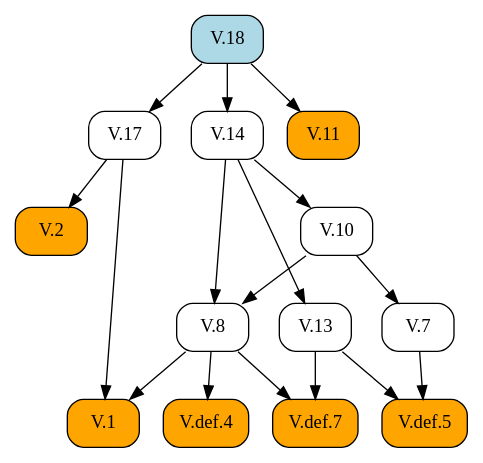
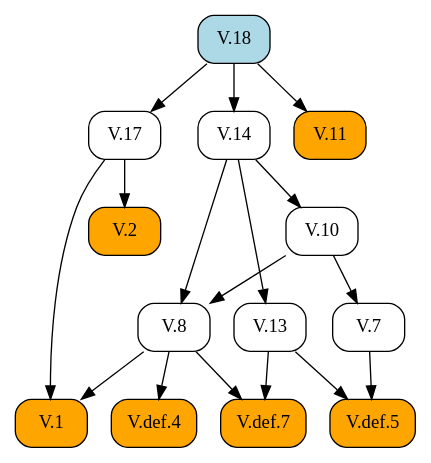
The diagram in docsrc/heath/V/18/index.rst (geometor/elements), drawn with Graphviz before and after one commit. The commit also changed other lines of this file and 1029 other files, not shown here.

```diff
--- a/docsrc/heath/V/18/index.rst
+++ b/docsrc/heath/V/18/index.rst
@@ -74,35 +74,35 @@
 .. graphviz::
 
    digraph {
      rankdir="TB";
      node [shape=box, style=rounded];
+     "V.8" [URL="/heath/V/8/", target="_top"];
      "V.1" [style="rounded,filled", fillcolor=orange, URL="/heath/V/1/", target="_top"];
      "V.7" [URL="/heath/V/7/", target="_top"];
-     "V.13" [URL="/heath/V/13/", target="_top"];
-     "V.10" [URL="/heath/V/10/", target="_top"];
-     "V.17" [URL="/heath/V/17/", target="_top"];
+     "V.14" [URL="/heath/V/14/", target="_top"];
+     "V.def.4" [style="rounded,filled", fillcolor=orange, URL="/heath/V/def.4/", target="_top"];
      "V.18" [style="rounded,filled", fillcolor=lightblue, URL="/heath/V/18/", target="_top"];
      "V.2" [style="rounded,filled", fillcolor=orange, URL="/heath/V/2/", target="_top"];
-     "V.def.4" [style="rounded,filled", fillcolor=orange, URL="/heath/V/def.4/", target="_top"];
+     "V.def.5" [style="rounded,filled", fillcolor=orange, URL="/heath/V/def.5/", target="_top"];
+     "V.17" [URL="/heath/V/17/", target="_top"];
+     "V.def.7" [style="rounded,filled", fillcolor=orange, URL="/heath/V/def.7/", target="_top"];
+     "V.10" [URL="/heath/V/10/", target="_top"];
+     "V.13" [URL="/heath/V/13/", target="_top"];
      "V.11" [style="rounded,filled", fillcolor=orange, URL="/heath/V/11/", target="_top"];
-     "V.def.7" [style="rounded,filled", fillcolor=orange, URL="/heath/V/def.7/", target="_top"];
-     "V.8" [URL="/heath/V/8/", target="_top"];
-     "V.def.5" [style="rounded,filled", fillcolor=orange, URL="/heath/V/def.5/", target="_top"];
-     "V.14" [URL="/heath/V/14/", target="_top"];
+     "V.10" -> "V.8";
+     "V.14" -> "V.8";
      "V.8" -> "V.1";
      "V.17" -> "V.1";
      "V.10" -> "V.7";
-     "V.14" -> "V.13";
-     "V.14" -> "V.10";
+     "V.18" -> "V.14";
+     "V.8" -> "V.def.4";
+     "V.17" -> "V.2";
+     "V.7" -> "V.def.5";
+     "V.13" -> "V.def.5";
      "V.18" -> "V.17";
-     "V.17" -> "V.2";
-     "V.8" -> "V.def.4";
-     "V.18" -> "V.11";
      "V.8" -> "V.def.7";
      "V.13" -> "V.def.7";
-     "V.10" -> "V.8";
-     "V.14" -> "V.8";
-     "V.7" -> "V.def.5";
-     "V.13" -> "V.def.5";
-     "V.18" -> "V.14";
+     "V.14" -> "V.10";
+     "V.14" -> "V.13";
+     "V.18" -> "V.11";
    }
```
